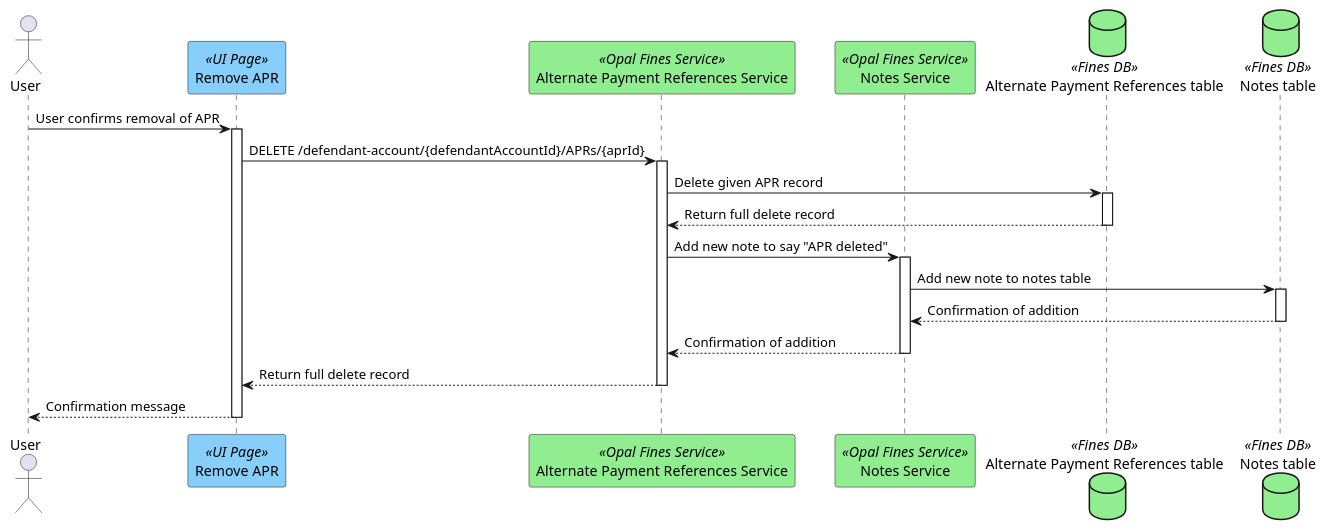
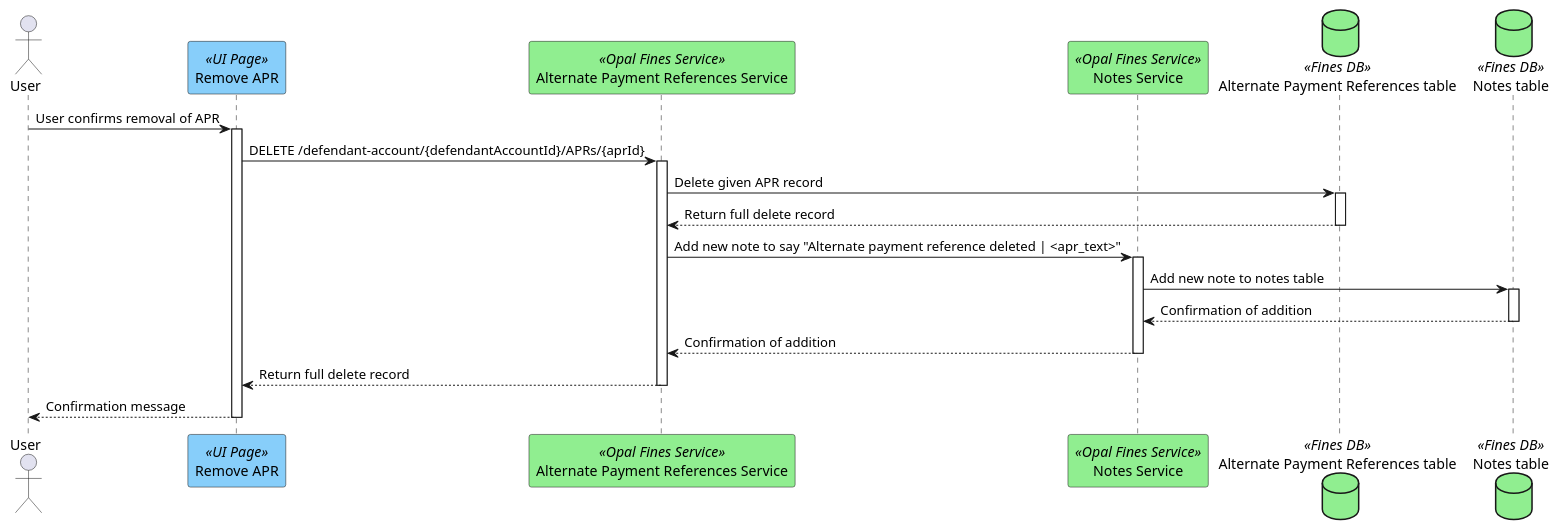
Before and after one commit to hmcts/opal-docs: the diagram in plantUML/external-interfaces/delete-apr.puml, drawn with PlantUML. The commit also changed 2 other files, not shown here.

Commit message:
Updating the notes messages to be inline with figmas.

```diff
--- a/plantUML/external-interfaces/delete-apr.puml
+++ b/plantUML/external-interfaces/delete-apr.puml
@@ -1,19 +1,19 @@
 @startuml
 actor "User" as user
 participant "Remove APR" as uiPage <<UI Page>> #lightskyblue
 participant "Alternate Payment References Service" as alternatePaymentReferencesService <<Opal Fines Service>> #lightgreen
 participant "Notes Service" as notesService <<Opal Fines Service>> #lightgreen
 database "Alternate Payment References table" as aprTable <<Fines DB>>#lightgreen
 database "Notes table" as notesTable <<Fines DB>>#lightgreen
 
 user -> uiPage ++ : User confirms removal of APR
 uiPage -> alternatePaymentReferencesService ++ : DELETE /defendant-account/{defendantAccountId}/APRs/{aprId}
 alternatePaymentReferencesService -> aprTable ++ : Delete given APR record
 aprTable --> alternatePaymentReferencesService -- : Return full delete record
-alternatePaymentReferencesService -> notesService ++ : Add new note to say "APR deleted"
+alternatePaymentReferencesService -> notesService ++ : Add new note to say "Alternate payment reference deleted | <apr_text>"
 notesService -> notesTable ++ : Add new note to notes table
 notesTable --> notesService -- : Confirmation of addition
 notesService --> alternatePaymentReferencesService -- : Confirmation of addition
 alternatePaymentReferencesService --> uiPage -- : Return full delete record
 uiPage --> user -- : Confirmation message
 @enduml
```
